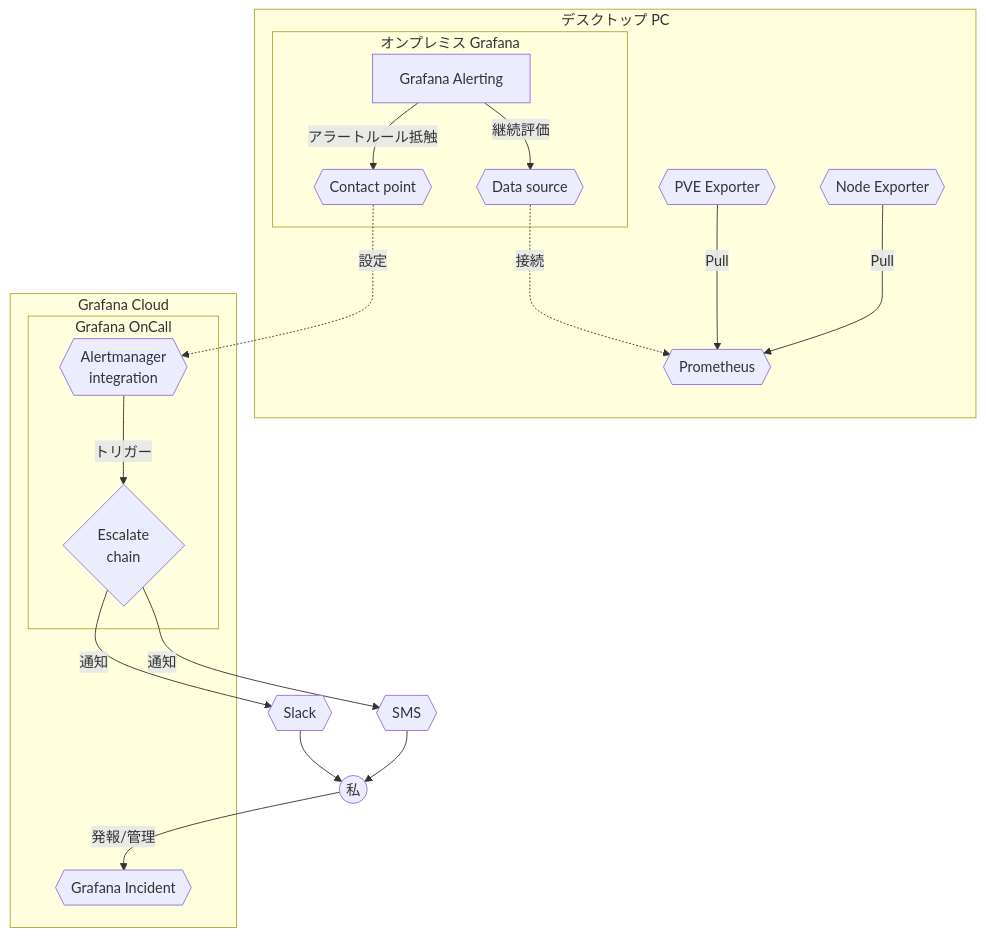
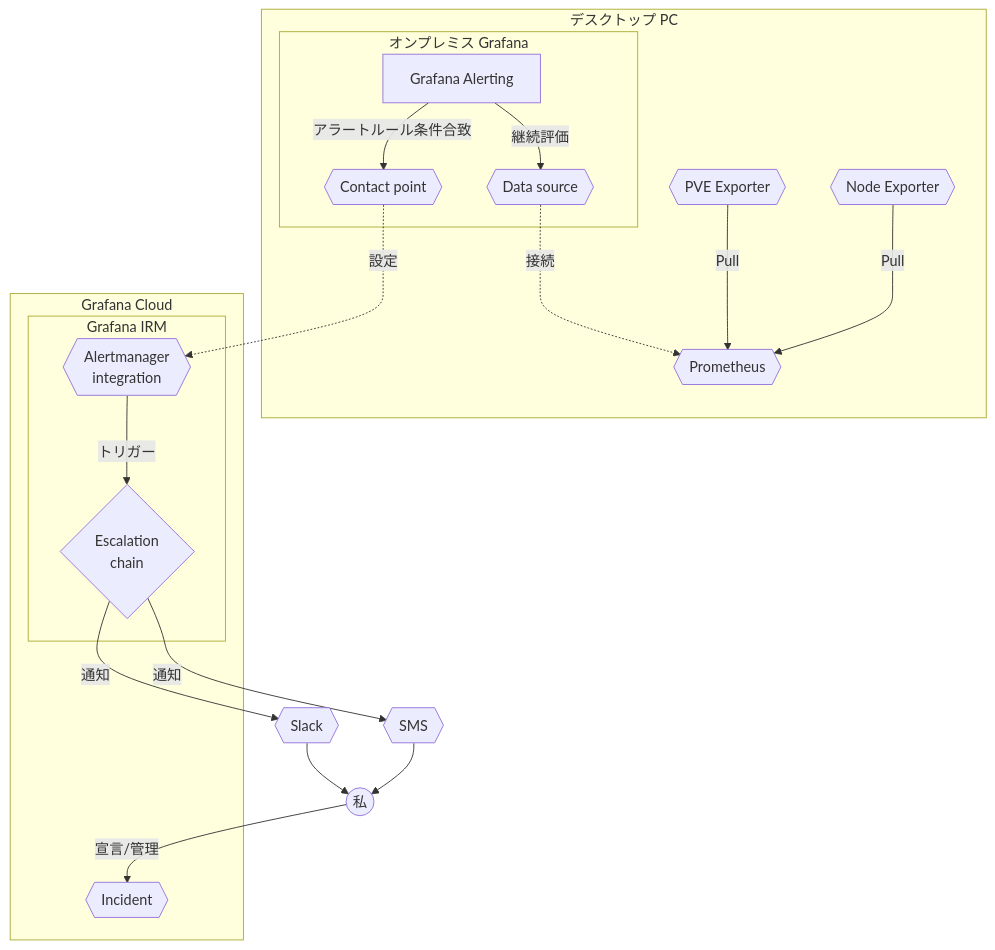
One commit to loxygenK/zenn-articles changed the first of 3 diagrams in articles/grafana-irm-for-homelab.md. Above: the diagram before and after it, drawn with Mermaid. The commit also changed other lines of this file, not shown here.

````diff
--- a/articles/grafana-irm-for-homelab.md
+++ b/articles/grafana-irm-for-homelab.md
@@ -53,47 +53,47 @@
 ```mermaid
 graph
     subgraph デスクトップ PC
         subgraph オンプレミス Grafana
             GA[Grafana Alerting]
             ds{{Data source}}
             cp{{Contact point}}
 
-            GA --> |アラートルール抵触| cp
+            GA --> |アラートルール条件合致| cp
         end
 
         P{{Prometheus}}
 
         PxPVE{{PVE Exporter}}
         PxNode{{Node Exporter}}
 
         ds -.-> |接続| P
         GA --> |継続評価| ds
 
         PxPVE --> |Pull| P
         PxNode --> |Pull| P
 
 
     end
 
     subgraph Grafana Cloud
-        subgraph Grafana OnCall
+        subgraph Grafana IRM
             A{{Alertmanager<br>integration}}
             cp -.-> |設定| A
 
-            ES{Escalate<br>chain}
+            ES{Escalation<br>chain}
             A --> |トリガー| ES
         end
-        GI{{Grafana Incident}}
+        I{{Incident}}
     end
 
     S{{Slack}}
     SMS{{SMS}}
     ES --> |通知| S
     ES --> |通知| SMS
 
     F((私))
     S --> F
     SMS --> F
 
-    F --> |発報/管理| GI
+    F --> |宣言/管理| I
 ```
````
